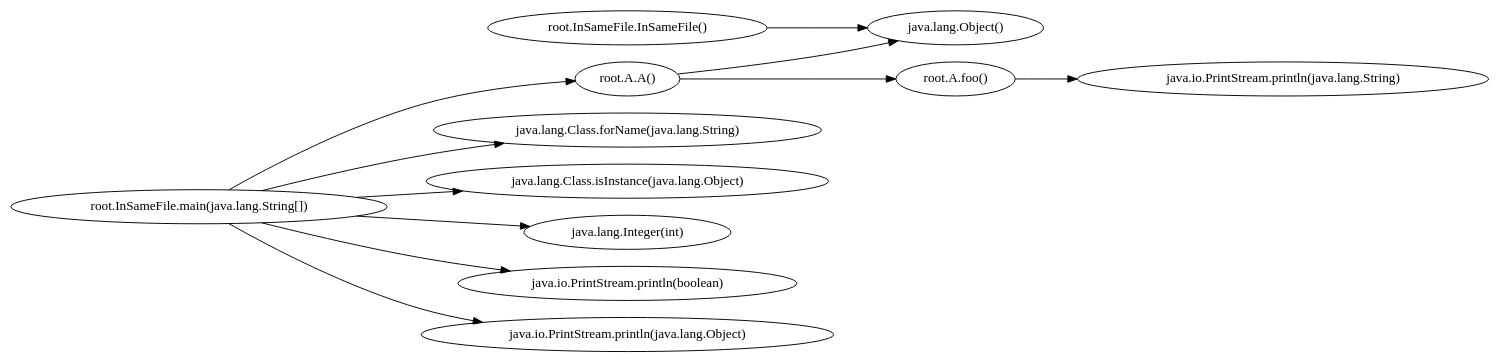
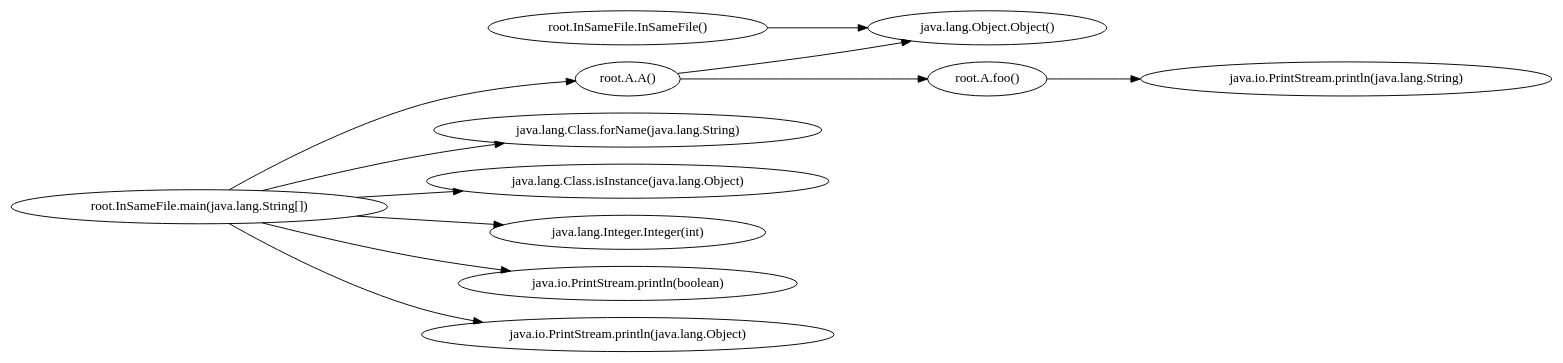
The diagram in bemenetek/spoon/java_samples/InSameFile.dot (sagodiz/diff_for_CG), drawn with Graphviz before and after one commit. The commit also changed 57 other files, not shown here.

```diff
--- a/bemenetek/spoon/java_samples/InSameFile.dot
+++ b/bemenetek/spoon/java_samples/InSameFile.dot
@@ -1,24 +1,24 @@
 digraph graphname {
 rankdir="LR";
 0 [label="root.A.A()"]
 4 [label="root.InSameFile.InSameFile()"]
 2 [label="root.A.foo()"]
 6 [label="java.lang.Class.forName(java.lang.String)"]
 8 [label="java.lang.Class.isInstance(java.lang.Object)"]
-7 [label="java.lang.Integer(int)"]
-1 [label="java.lang.Object()"]
+7 [label="java.lang.Integer.Integer(int)"]
+1 [label="java.lang.Object.Object()"]
 5 [label="root.InSameFile.main(java.lang.String[])"]
 9 [label="java.io.PrintStream.println(boolean)"]
 10 [label="java.io.PrintStream.println(java.lang.Object)"]
 3 [label="java.io.PrintStream.println(java.lang.String)"]
 0 -> 1
 0 -> 2
 2 -> 3
 4 -> 1
 5 -> 0
 5 -> 6
 5 -> 7
 5 -> 8
 5 -> 9
 5 -> 10
 }
```
